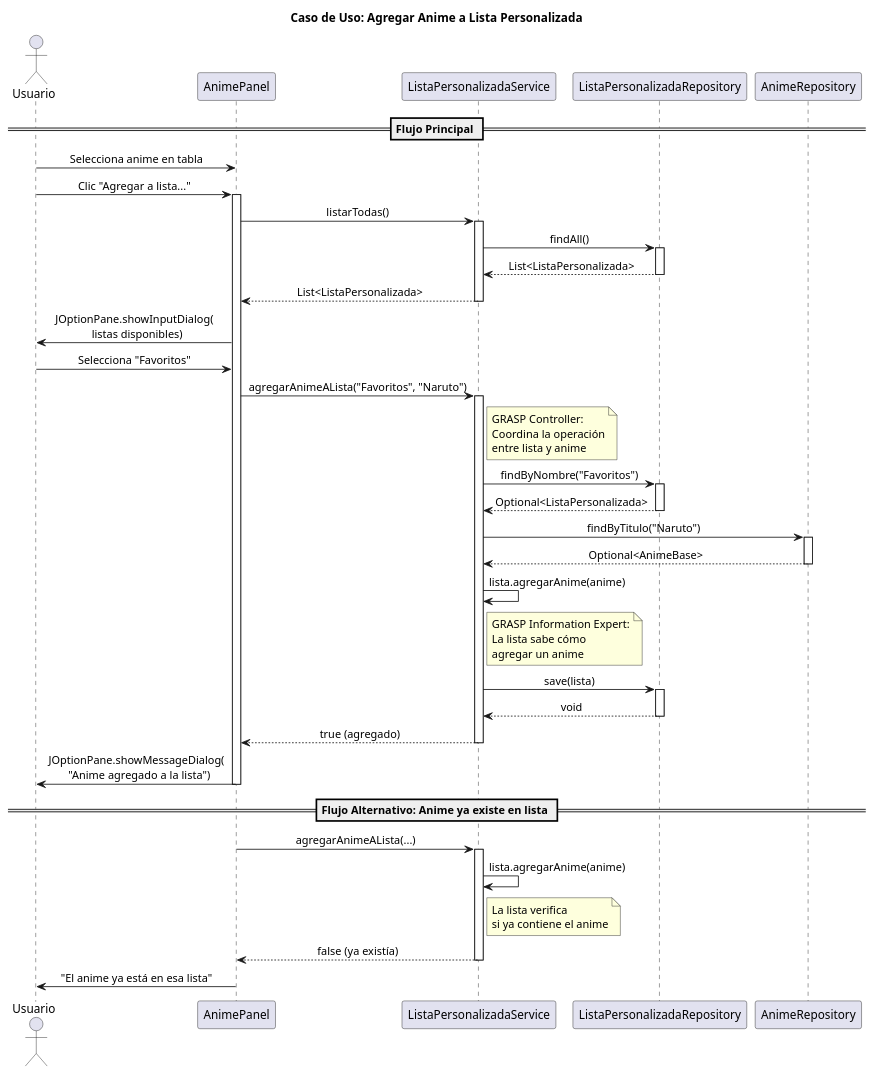
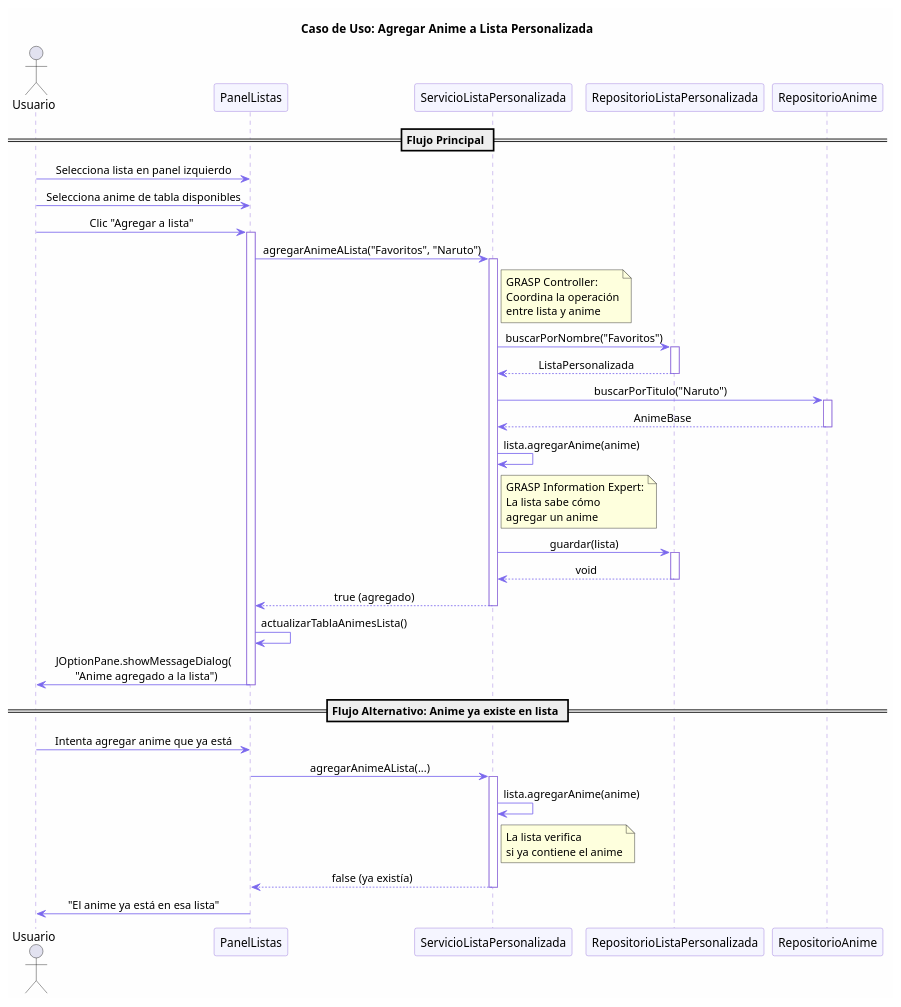
The fourth of 5 diagrams in docs/DIAGRAMAS_SECUENCIA.puml (tobiascriscuolo/clasificadorAnime), drawn with PlantUML before and after one commit. The commit also changed other lines of this file and 96 other files, not shown here.

First line of the commit message:
Refactoring completo a espaÃ±ol + iconos + selecciÃ³n mÃºltiple + diagramas UML

```diff
--- a/docs/DIAGRAMAS_SECUENCIA.puml
+++ b/docs/DIAGRAMAS_SECUENCIA.puml
@@ -339,84 +362,81 @@
 @startuml Agregar_A_Lista
 title Caso de Uso: Agregar Anime a Lista Personalizada
 skinparam sequenceMessageAlign center
+skinparam backgroundColor #FEFEFE
+skinparam sequence {
+    ArrowColor #7B68EE
+    LifeLineBorderColor #9370DB
+    ParticipantBackgroundColor #F5F5FF
+    ParticipantBorderColor #9370DB
+}
 
 actor Usuario
-participant "AnimePanel" as AnimePanel
-participant "ListaPersonalizadaService" as ListaService
-participant "ListaPersonalizadaRepository" as ListaRepo
-participant "AnimeRepository" as AnimeRepo
+participant "PanelListas" as Panel
+participant "ServicioListaPersonalizada" as Servicio
+participant "RepositorioListaPersonalizada" as RepoLista
+participant "RepositorioAnime" as RepoAnime
 
 == Flujo Principal ==
 
-Usuario -> AnimePanel: Selecciona anime en tabla
-Usuario -> AnimePanel: Clic "Agregar a lista..."
-activate AnimePanel
+Usuario -> Panel: Selecciona lista en panel izquierdo
+Usuario -> Panel: Selecciona anime de tabla disponibles
+Usuario -> Panel: Clic "Agregar a lista"
+activate Panel
 
-AnimePanel -> ListaService: listarTodas()
-activate ListaService
-ListaService -> ListaRepo: findAll()
-activate ListaRepo
-ListaRepo --> ListaService: List<ListaPersonalizada>
-deactivate ListaRepo
-ListaService --> AnimePanel: List<ListaPersonalizada>
-deactivate ListaService
+Panel -> Servicio: agregarAnimeALista("Favoritos", "Naruto")
+activate Servicio
 
-AnimePanel -> Usuario: JOptionPane.showInputDialog(\n  listas disponibles)
-
-Usuario -> AnimePanel: Selecciona "Favoritos"
-
-AnimePanel -> ListaService: agregarAnimeALista("Favoritos", "Naruto")
-activate ListaService
-
-note right of ListaService
+note right of Servicio
   GRASP Controller:
   Coordina la operación
   entre lista y anime
 end note
 
-ListaService -> ListaRepo: findByNombre("Favoritos")
-activate ListaRepo
-ListaRepo --> ListaService: Optional<ListaPersonalizada>
-deactivate ListaRepo
+Servicio -> RepoLista: buscarPorNombre("Favoritos")
+activate RepoLista
+RepoLista --> Servicio: ListaPersonalizada
+deactivate RepoLista
 
-ListaService -> AnimeRepo: findByTitulo("Naruto")
-activate AnimeRepo
-AnimeRepo --> ListaService: Optional<AnimeBase>
-deactivate AnimeRepo
+Servicio -> RepoAnime: buscarPorTitulo("Naruto")
+activate RepoAnime
+RepoAnime --> Servicio: AnimeBase
+deactivate RepoAnime
 
-ListaService -> ListaService: lista.agregarAnime(anime)
+Servicio -> Servicio: lista.agregarAnime(anime)
 
-note right of ListaService
+note right of Servicio
   GRASP Information Expert:
   La lista sabe cómo
   agregar un anime
 end note
 
-ListaService -> ListaRepo: save(lista)
-activate ListaRepo
-ListaRepo --> ListaService: void
-deactivate ListaRepo
+Servicio -> RepoLista: guardar(lista)
+activate RepoLista
+RepoLista --> Servicio: void
+deactivate RepoLista
 
-ListaService --> AnimePanel: true (agregado)
-deactivate ListaService
+Servicio --> Panel: true (agregado)
+deactivate Servicio
 
-AnimePanel -> Usuario: JOptionPane.showMessageDialog(\n  "Anime agregado a la lista")
+Panel -> Panel: actualizarTablaAnimesLista()
+Panel -> Usuario: JOptionPane.showMessageDialog(\n  "Anime agregado a la lista")
 
-deactivate AnimePanel
+deactivate Panel
 
 == Flujo Alternativo: Anime ya existe en lista ==
 
-AnimePanel -> ListaService: agregarAnimeALista(...)
-activate ListaService
-ListaService -> ListaService: lista.agregarAnime(anime)
+Usuario -> Panel: Intenta agregar anime que ya está
+Panel -> Servicio: agregarAnimeALista(...)
+activate Servicio
+Servicio -> Servicio: lista.agregarAnime(anime)
 
-note right of ListaService
+note right of Servicio
   La lista verifica
   si ya contiene el anime
 end note
 
-ListaService --> AnimePanel: false (ya existía)
-deactivate ListaService
-AnimePanel -> Usuario: "El anime ya está en esa lista"
+Servicio --> Panel: false (ya existía)
+deactivate Servicio
+Panel -> Usuario: "El anime ya está en esa lista"
 
 @enduml
```
